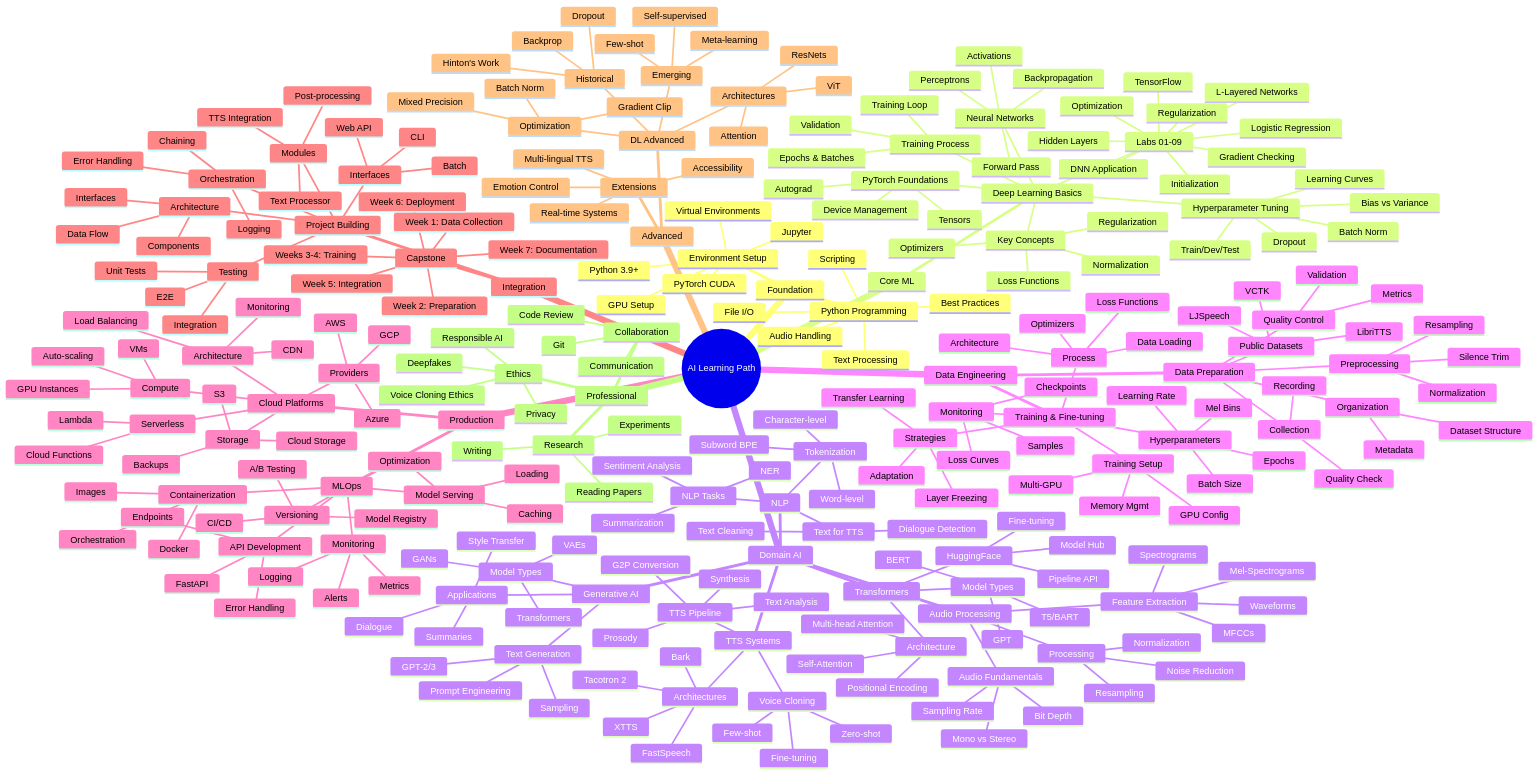
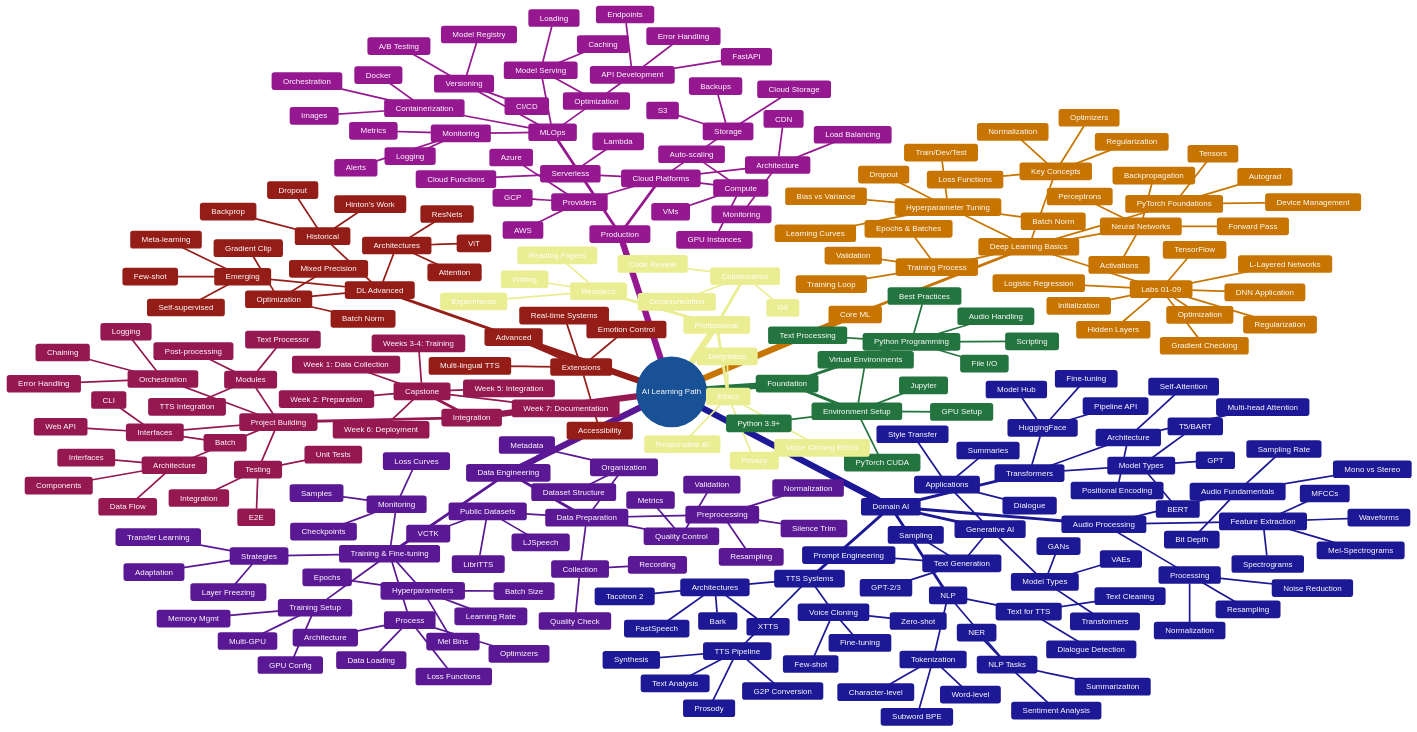
Before and after one commit to Plamen5kov/voice-cloning-pipeline: the diagram in ai_mind_map/AI_LEARNING_MINDMAP_MERMAID.md, drawn with Mermaid.

Commit message:
text white

````diff
--- a/ai_mind_map/AI_LEARNING_MINDMAP_MERMAID.md
+++ b/ai_mind_map/AI_LEARNING_MINDMAP_MERMAID.md
@@ -9,4 +9,5 @@
 ```mermaid
+%%{init: {'theme':'base', 'themeVariables': { 'primaryColor':'#4a90e2', 'primaryTextColor':'#fff', 'primaryBorderColor':'#2e5c8a', 'lineColor':'#6c757d', 'secondaryColor':'#50C878', 'tertiaryColor':'#FFB347', 'fontSize':'14px'}}}%%
 mindmap
   root((AI Learning Path))
     Foundation
````
